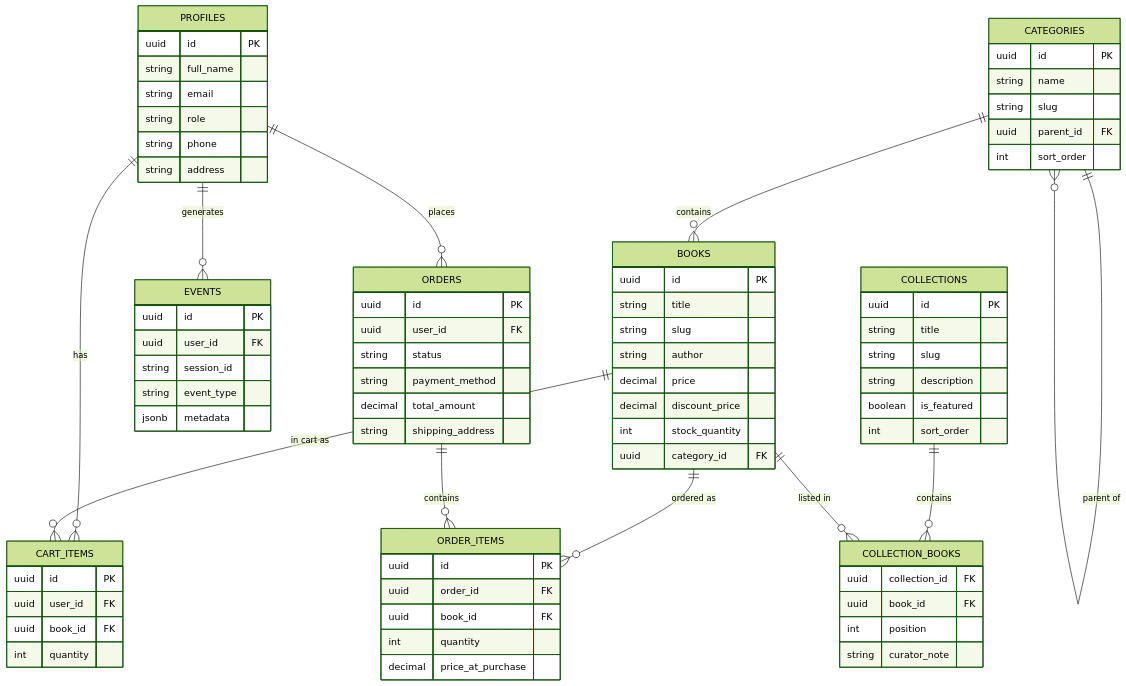
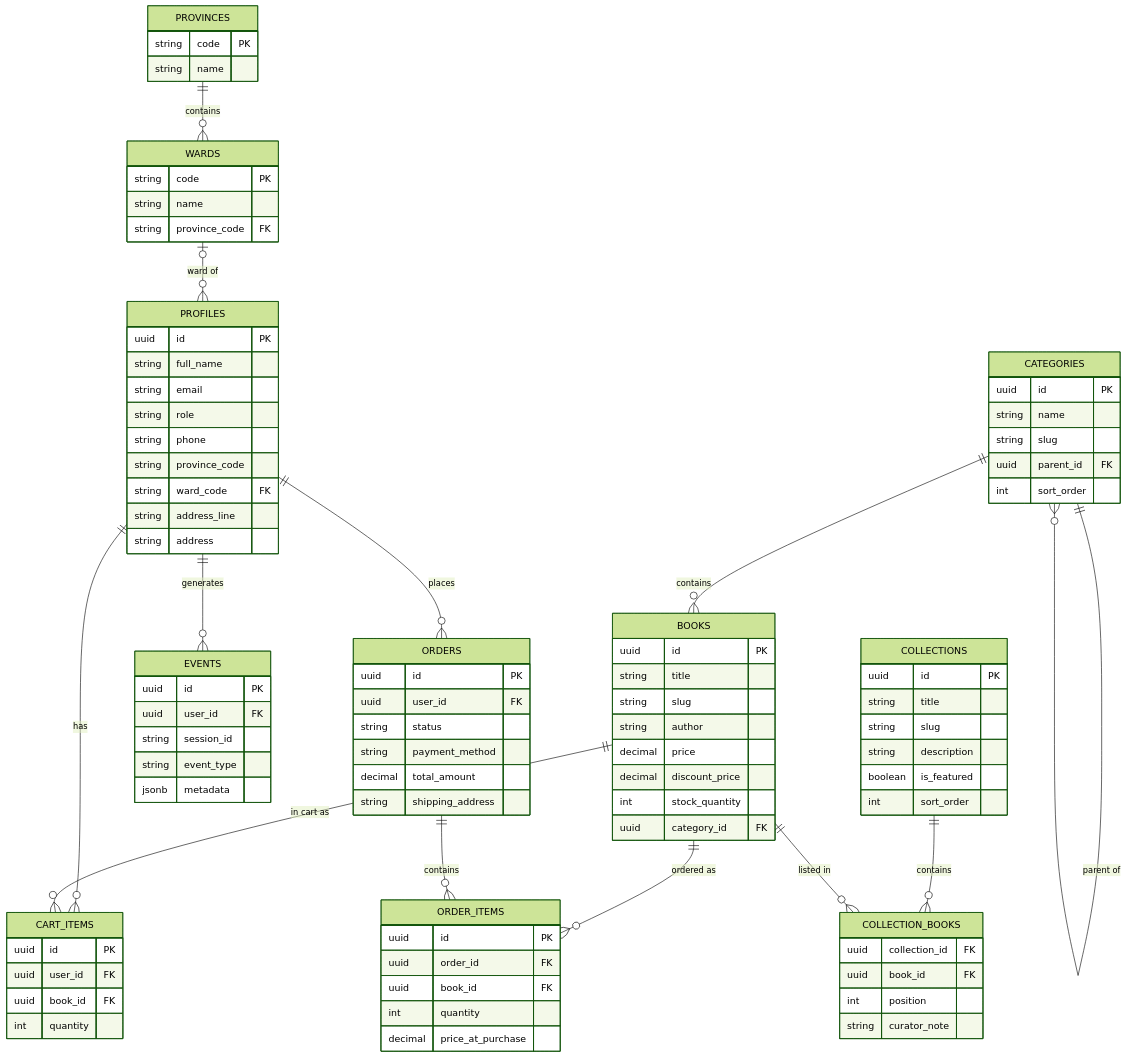
One commit to ducle20052205/book-store-website changed the first of 3 diagrams in docs/SRS.md. Above: the diagram before and after it, drawn with Mermaid (forest theme). The commit also changed other lines of this file and 2 other files, not shown here.

```diff
--- a/docs/SRS.md
+++ b/docs/SRS.md
@@ -60,6 +60,8 @@
     ORDERS ||--o{ ORDER_ITEMS : contains
     COLLECTIONS ||--o{ COLLECTION_BOOKS : contains
     BOOKS ||--o{ COLLECTION_BOOKS : "listed in"
+    PROVINCES ||--o{ WARDS : contains
+    WARDS |o--o{ PROFILES : "ward of"
 
     PROFILES {
         uuid id PK
@@ -67,7 +69,19 @@
         string email
         string role
         string phone
+        string province_code
+        string ward_code FK
+        string address_line
         string address
+    }
+    PROVINCES {
+        string code PK
+        string name
+    }
+    WARDS {
+        string code PK
+        string name
+        string province_code FK
     }
     CATEGORIES {
         uuid id PK
```
